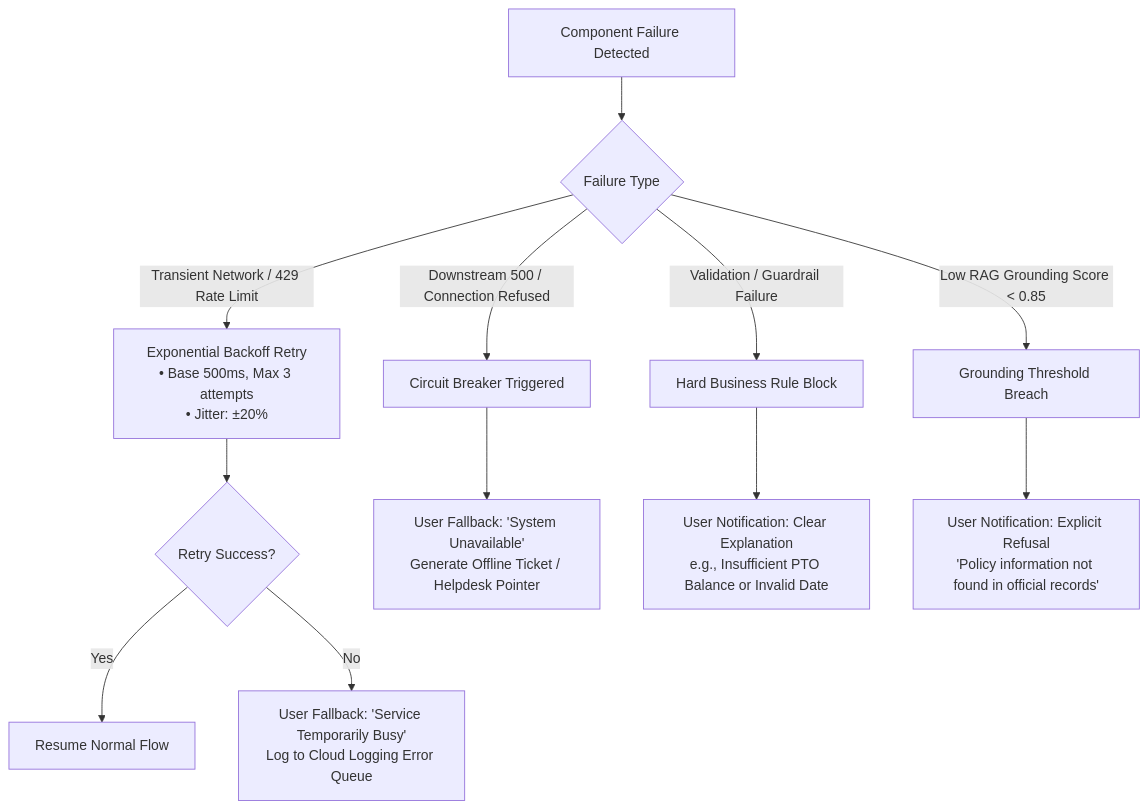
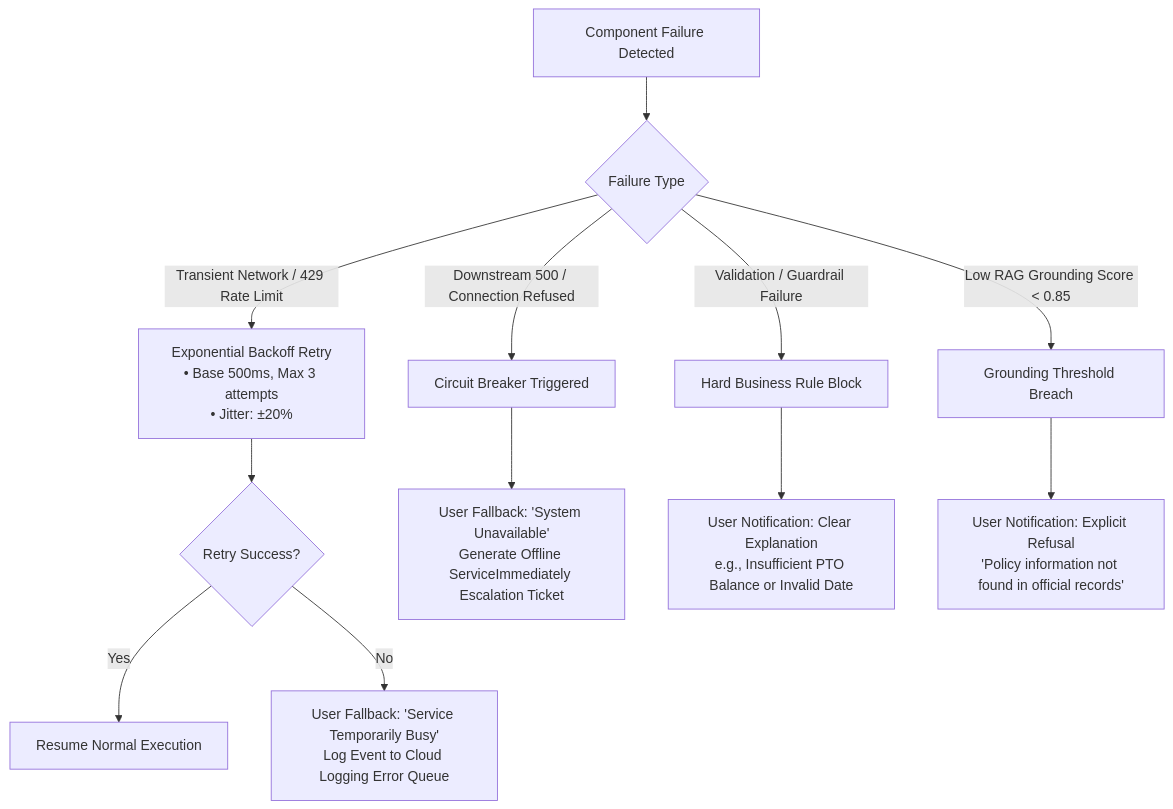
One commit to SushantJagdale/elevate-hr-agentic-solution changed the eighth of 10 diagrams in Consolidated_SDD.md. Above: the diagram before and after it, drawn with Mermaid. The commit also changed other lines of this file, not shown here.

````diff
--- a/Consolidated_SDD.md
+++ b/Consolidated_SDD.md
@@ -442,18 +571,18 @@
 ```mermaid
 flowchart TD
     Start[Component Failure Detected] --> Decision{Failure Type}
     
     Decision -->|Transient Network / 429 Rate Limit| RetryLogic["Exponential Backoff Retry\n• Base 500ms, Max 3 attempts\n• Jitter: ±20%"]
     RetryLogic --> RetryCheck{Retry Success?}
-    RetryCheck -->|Yes| Resume[Resume Normal Flow]
-    RetryCheck -->|No| Fallback1["User Fallback: 'Service Temporarily Busy'\nLog to Cloud Logging Error Queue"]
+    RetryCheck -->|Yes| Resume[Resume Normal Execution]
+    RetryCheck -->|No| Fallback1["User Fallback: 'Service Temporarily Busy'\nLog Event to Cloud Logging Error Queue"]
 
     Decision -->|Downstream 500 / Connection Refused| HealthCheck[Circuit Breaker Triggered]
-    HealthCheck --> Fallback2["User Fallback: 'System Unavailable'\nGenerate Offline Ticket / Helpdesk Pointer"]
+    HealthCheck --> Fallback2["User Fallback: 'System Unavailable'\nGenerate Offline ServiceImmediately Escalation Ticket"]
 
     Decision -->|Validation / Guardrail Failure| GuardFail[Hard Business Rule Block]
     GuardFail --> Fallback3["User Notification: Clear Explanation\ne.g., Insufficient PTO Balance or Invalid Date"]
 
     Decision -->|Low RAG Grounding Score < 0.85| RAGLow[Grounding Threshold Breach]
     RAGLow --> Fallback4["User Notification: Explicit Refusal\n'Policy information not found in official records'"]
 ```
````
